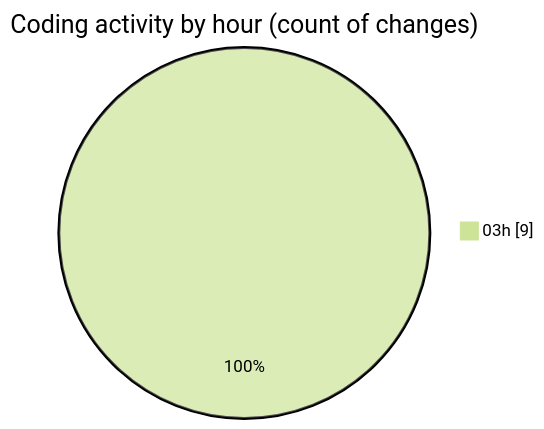
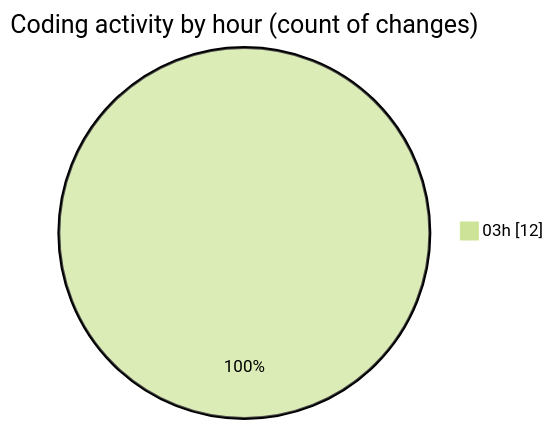
Before and after one commit to JenPaints/code-tracking: the second of 2 diagrams in 2025-06-20/modeljsondesigner/README.md, drawn with Mermaid (forest theme). The commit also changed other lines of this file and 1 other file, not shown here.

````diff
--- a/2025-06-20/modeljsondesigner/README.md
+++ b/2025-06-20/modeljsondesigner/README.md
@@ -28,5 +29,5 @@
 ```mermaid
 pie showData
 title Coding activity by hour (count of changes)
-"03h" : 9
+"03h" : 12
 ```
````
